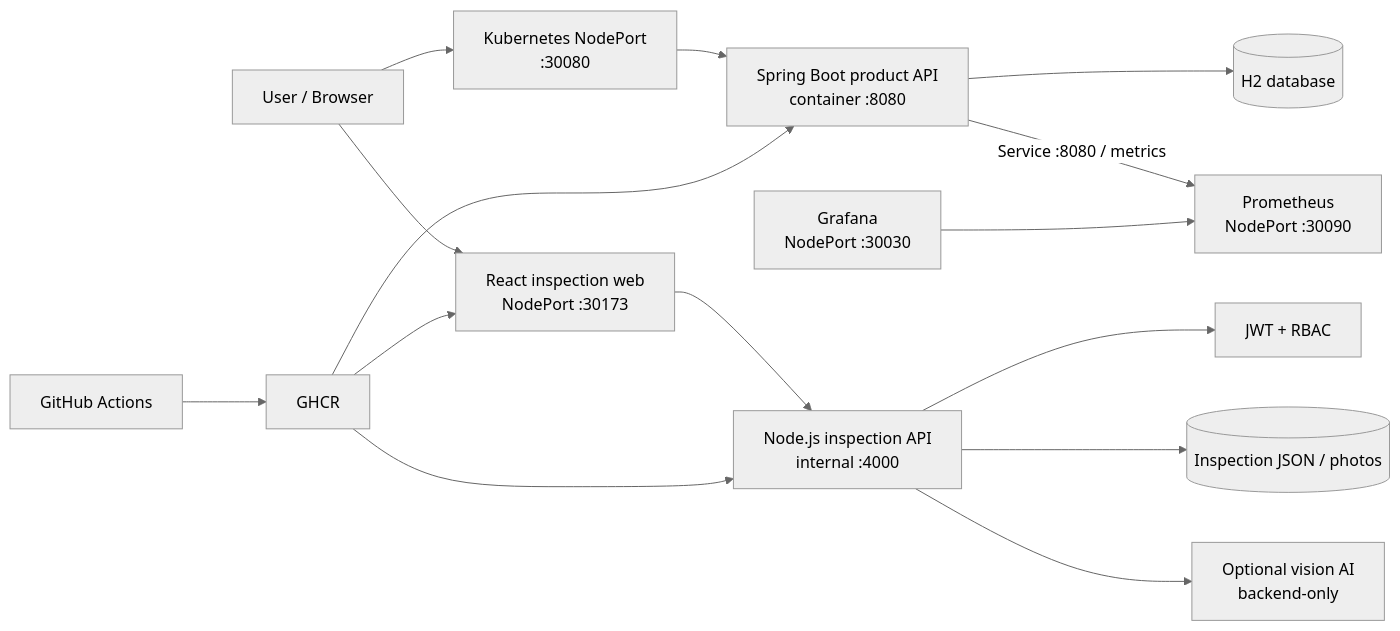
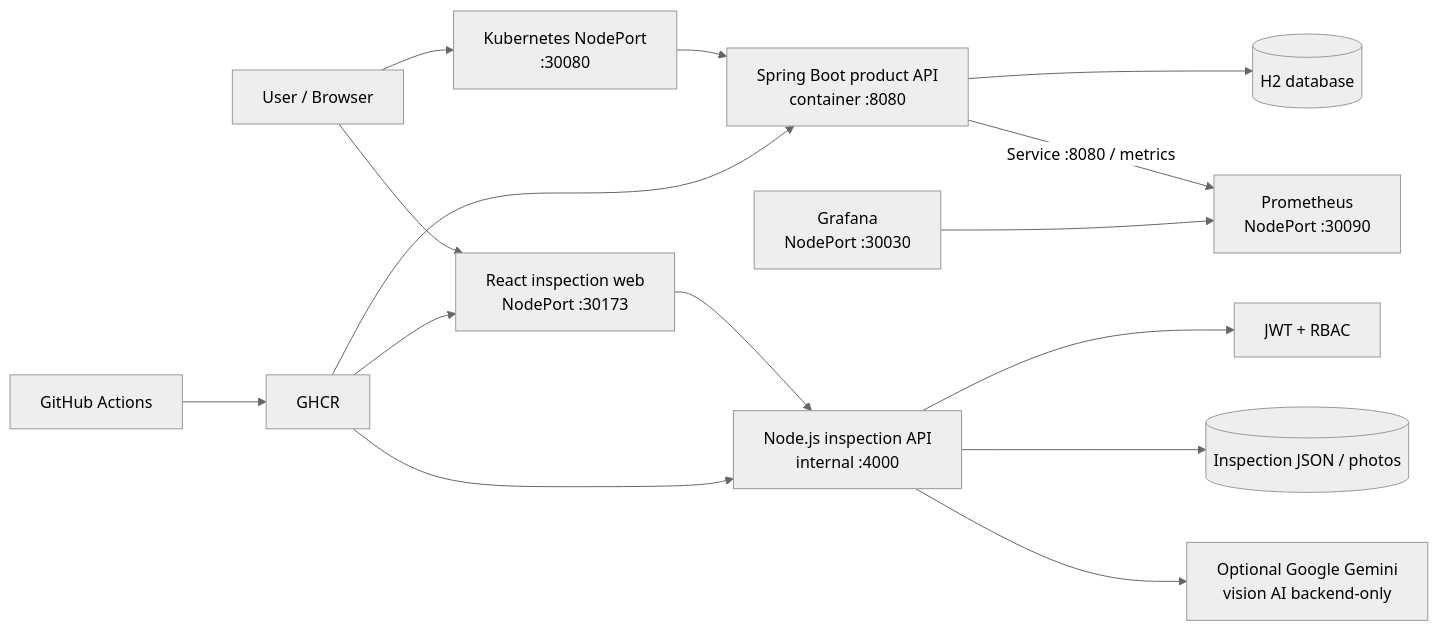
The diagram in README.md (ChrisWu365/java-maven-crud-cicd), drawn with Mermaid (neutral theme) before and after one commit. The commit also changed other lines of this file and 2 other files, not shown here.

````diff
--- a/README.md
+++ b/README.md
@@ -43,17 +54,17 @@
 ```mermaid
 flowchart LR
     User[User / Browser] --> Web[React inspection web<br/>NodePort :30173]
     Web --> API[Node.js inspection API<br/>internal :4000]
     API --> Auth[JWT + RBAC]
     API --> InspectionData[(Inspection JSON / photos)]
-    API --> AI[Optional vision AI<br/>backend-only]
+    API --> AI[Optional Google Gemini<br/>vision AI backend-only]
     User --> K8s[Kubernetes NodePort<br/>:30080]
     K8s --> App[Spring Boot product API<br/>container :8080]
     App --> H2[(H2 database)]
     App -- Service :8080 / metrics --> Prom[Prometheus<br/>NodePort :30090]
     Graf[Grafana<br/>NodePort :30030] --> Prom
     CI[GitHub Actions] --> Registry[GHCR]
     Registry --> App
     Registry --> Web
     Registry --> API
 ```
````
